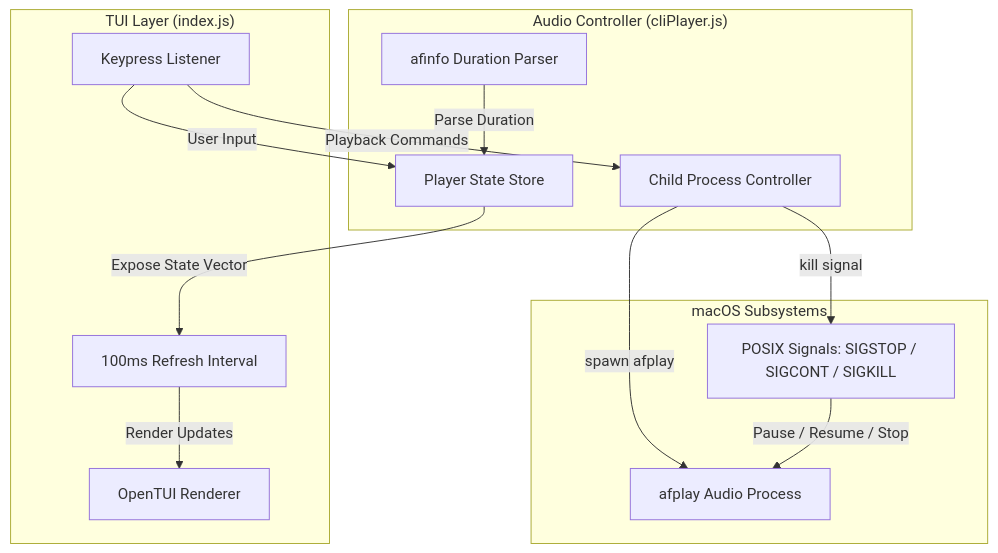
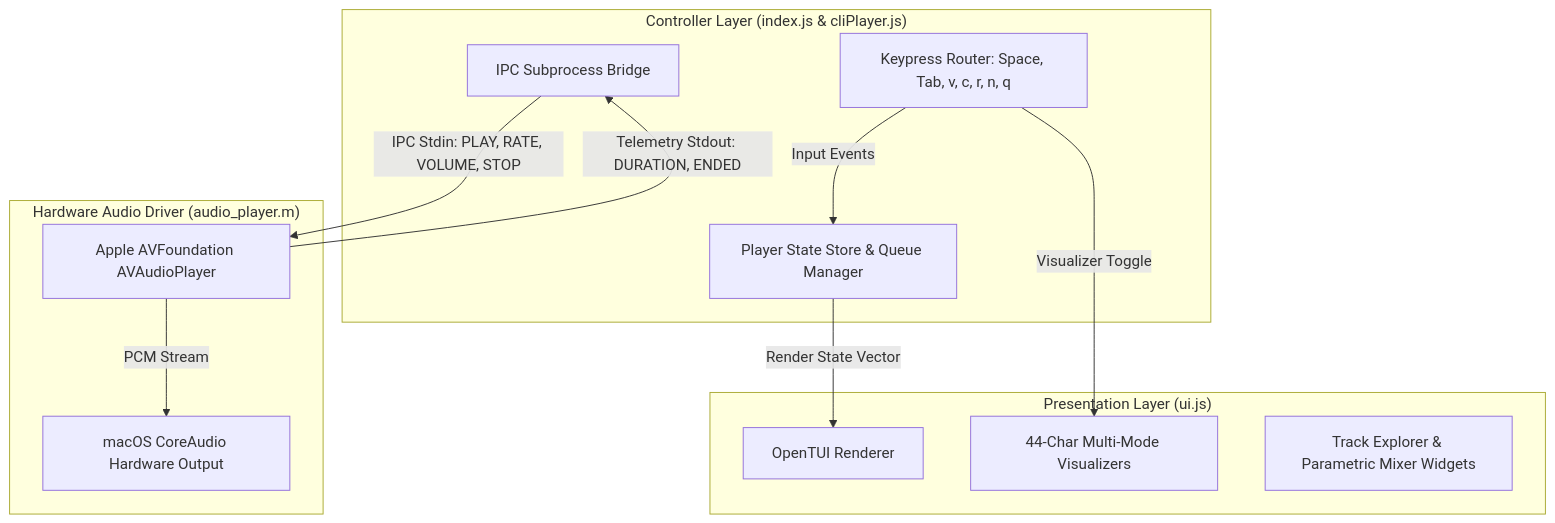
One commit to 3ncryptor/Sem05-AppDev changed the diagram in inClass/CLI-Player/README.md. Above: the diagram before and after it, drawn with Mermaid. The commit also changed other lines of this file and 6 other files, not shown here.

Commit message:
feat(cli-player): modular 3-tier architecture, native AVFoundation audio engine, and multi-mode visualizers

````diff
--- a/inClass/CLI-Player/README.md
+++ b/inClass/CLI-Player/README.md
@@ -11,28 +11,26 @@
 ```mermaid
 graph TD
-    subgraph UI_Layer ["TUI Layer (index.js)"]
+    subgraph UI_Tier ["Presentation Layer (ui.js)"]
         Renderer[OpenTUI Renderer]
-        KeyEvents[Keypress Listener]
-        TimerLoop[100ms Refresh Interval]
+        Visualizers[44-Char Multi-Mode Visualizers]
+        Widgets[Track Explorer & Parametric Mixer Widgets]
     end
 
-    subgraph Audio_Layer ["Audio Controller (cliPlayer.js)"]
-        State[Player State Store]
-        ProcessController[Child Process Controller]
-        MetadataParser[afinfo Duration Parser]
+    subgraph Controller_Tier ["Controller Layer (index.js & cliPlayer.js)"]
+        KeyEvents[Keypress Router: Space, Tab, v, c, r, n, q]
+        State[Player State Store & Queue Manager]
+        ProcessController[IPC Subprocess Bridge]
     end
 
-    subgraph OS_Layer ["macOS Subsystems"]
-        AFPLAY[afplay Audio Process]
-        Signals[POSIX Signals: SIGSTOP / SIGCONT / SIGKILL]
+    subgraph Hardware_Tier ["Hardware Audio Driver (audio_player.m)"]
+        AVPlayer[Apple AVFoundation AVAudioPlayer]
+        CoreAudio[macOS CoreAudio Hardware Output]
     end
 
-    KeyEvents -->|User Input| State
-    KeyEvents -->|Playback Commands| ProcessController
-    ProcessController -->|spawn afplay| AFPLAY
-    ProcessController -->|kill signal| Signals
-    Signals -->|Pause / Resume / Stop| AFPLAY
-    MetadataParser -->|Parse Duration| State
-    State -->|Expose State Vector| TimerLoop
-    TimerLoop -->|Render Updates| Renderer
+    KeyEvents -->|Input Events| State
+    KeyEvents -->|Visualizer Toggle| Visualizers
+    State -->|Render State Vector| Renderer
+    ProcessController -->|IPC Stdin: PLAY, RATE, VOLUME, STOP| AVPlayer
+    AVPlayer -->|PCM Stream| CoreAudio
+    AVPlayer -->|Telemetry Stdout: DURATION, ENDED| ProcessController
 ```
````
